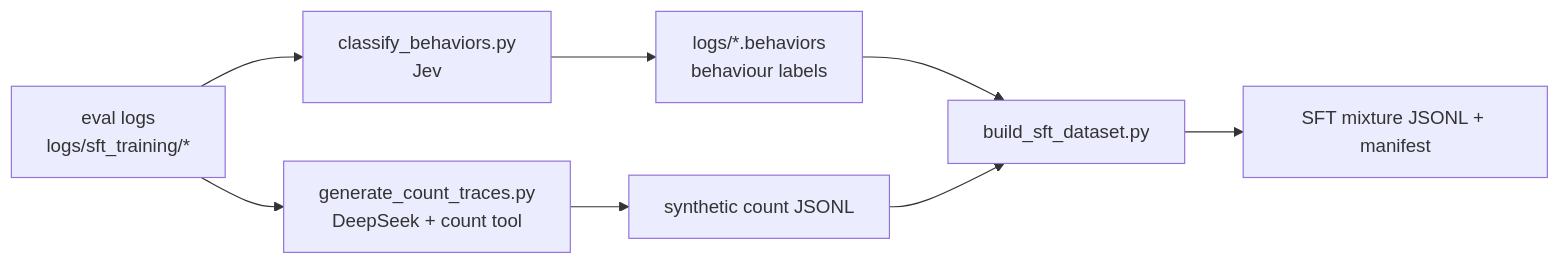
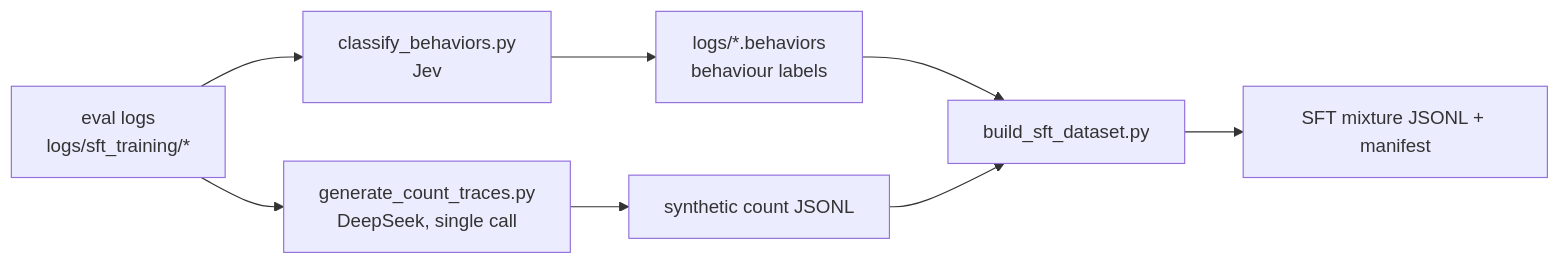
The diagram in error_categorization/sft_pipeline.md (rpo19/ReFactX), drawn with Mermaid before and after one commit. The commit also changed other lines of this file and 9 other files, not shown here.

````diff
--- a/error_categorization/sft_pipeline.md
+++ b/error_categorization/sft_pipeline.md
@@ -6,10 +6,10 @@
 ```mermaid
 flowchart LR
     A[eval logs<br/>logs/sft_training/*] --> B[classify_behaviors.py<br/>Jev]
     B --> C[logs/*.behaviors<br/>behaviour labels]
-    A --> D[generate_count_traces.py<br/>DeepSeek + count tool]
+    A --> D[generate_count_traces.py<br/>DeepSeek, single call]
     D --> E[synthetic count JSONL]
     C --> F[build_sft_dataset.py]
     E --> F
     F --> G[SFT mixture JSONL + manifest]
 ```
````
